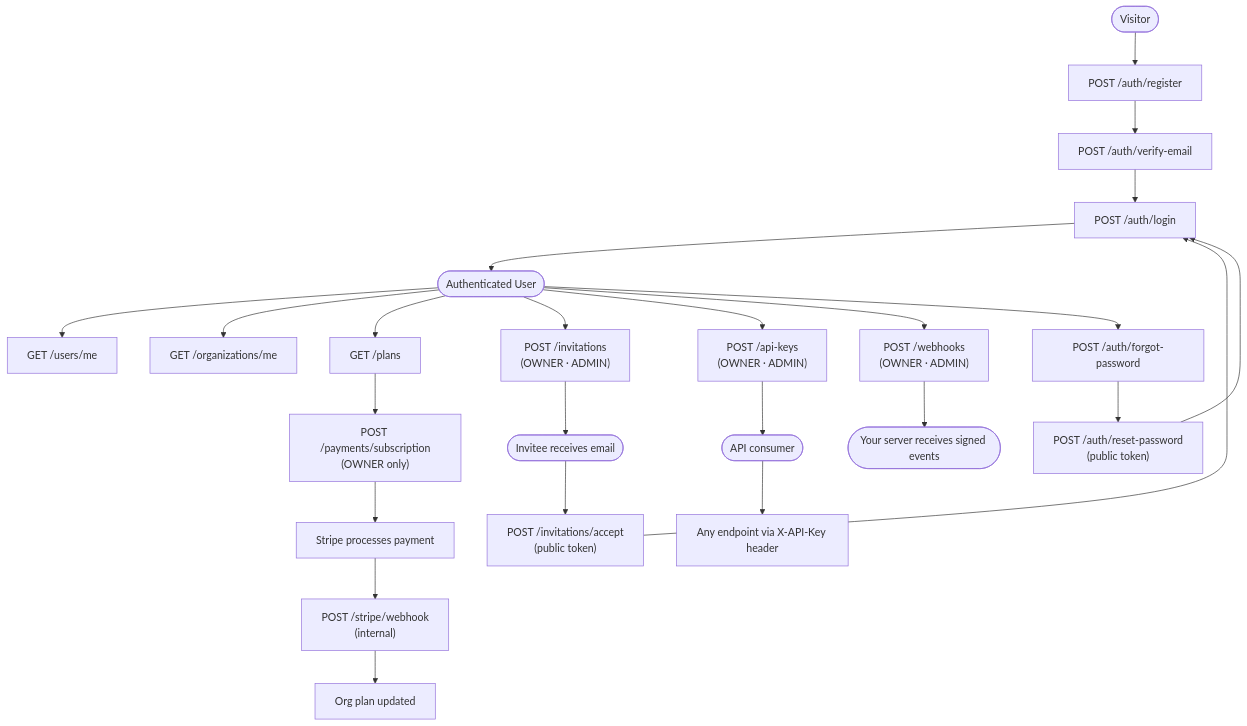
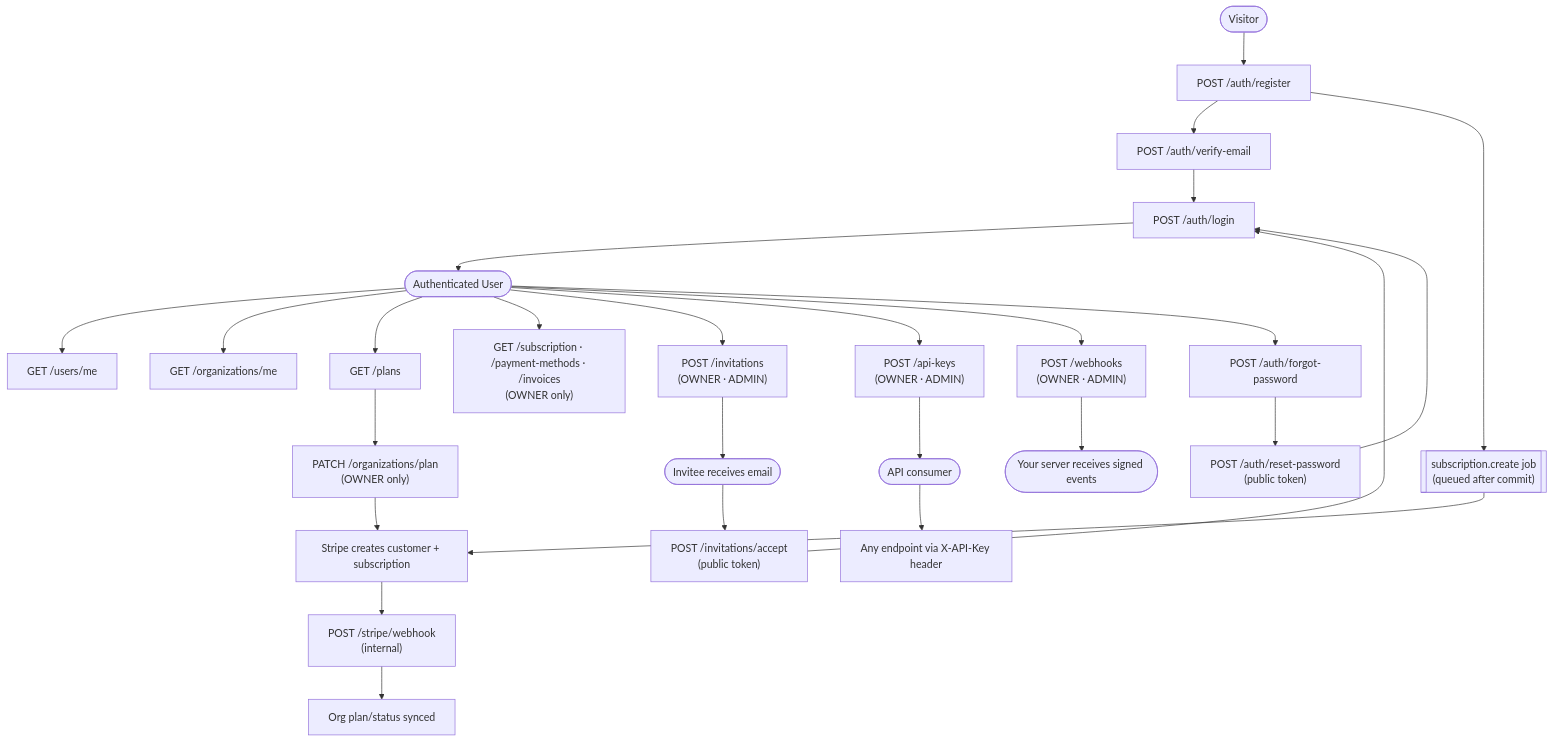
One commit to DahboorSa/nestjs-saas-starter changed the diagram in README.md. Above: the diagram before and after it, drawn with Mermaid. The commit also changed other lines of this file and 25 other files, not shown here.

Commit message:
refactor: replace payments module with billing module, automate subscription creation

````diff
--- a/README.md
+++ b/README.md
@@ -13,32 +13,36 @@
 ```mermaid
 flowchart TD
     A([Visitor]) --> B[POST /auth/register]
     B --> C[POST /auth/verify-email]
     C --> D[POST /auth/login]
     D --> E([Authenticated User])
 
+    B --> B1[["subscription.create job\n(queued after commit)"]]
+    B1 --> J[Stripe creates customer + subscription]
+    J --> K["POST /stripe/webhook\n(internal)"]
+    K --> L[Org plan/status synced]
+
     E --> F[GET /users/me]
     E --> G[GET /organizations/me]
     E --> H[GET /plans]
 
-    H --> I["POST /payments/subscription\n(OWNER only)"]
-    I --> J[Stripe processes payment]
-    J --> K["POST /stripe/webhook\n(internal)"]
-    K --> L[Org plan updated]
+    H --> I["PATCH /organizations/plan\n(OWNER only)"]
+    I --> J
+    E --> I2["GET /subscription · /payment-methods · /invoices\n(OWNER only)"]
 
     E --> M["POST /invitations\n(OWNER · ADMIN)"]
     M --> N([Invitee receives email])
     N --> O["POST /invitations/accept\n(public token)"]
     O --> D
 
     E --> P["POST /api-keys\n(OWNER · ADMIN)"]
     P --> Q([API consumer])
     Q --> R[Any endpoint via X-API-Key header]
 
     E --> S["POST /webhooks\n(OWNER · ADMIN)"]
     S --> T([Your server receives signed events])
 
     E --> U[POST /auth/forgot-password]
     U --> V["POST /auth/reset-password\n(public token)"]
     V --> D
 ```
````
